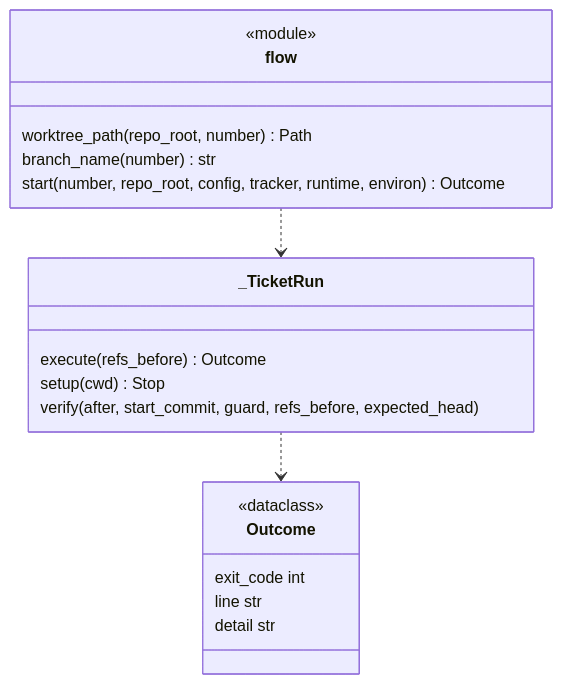
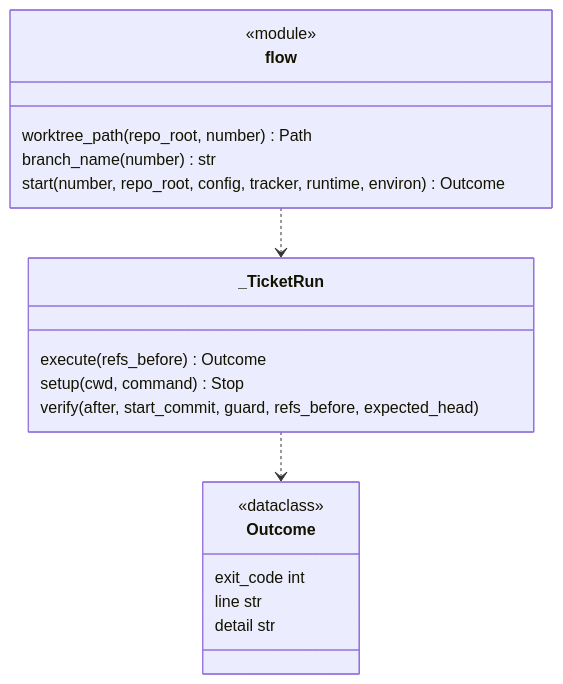
The second of 3 diagrams in docs/architecture/modules/flow.md (plaplanche/ariane), drawn with Mermaid before and after one commit. The commit also changed other lines of this file and 21 other files, not shown here.

````diff
--- a/docs/architecture/modules/flow.md
+++ b/docs/architecture/modules/flow.md
@@ -72,22 +72,22 @@
 ```mermaid
 classDiagram
 class Outcome {
   <<dataclass>>
   exit_code int
   line str
   detail str
 }
 class _TicketRun {
   execute(refs_before) Outcome
-  setup(cwd) Stop
+  setup(cwd, command) Stop
   verify(after, start_commit, guard, refs_before, expected_head)
 }
 class flow {
   <<module>>
   worktree_path(repo_root, number) Path
   branch_name(number) str
   start(number, repo_root, config, tracker, runtime, environ) Outcome
 }
 flow ..> _TicketRun
 _TicketRun ..> Outcome
 ```
````
